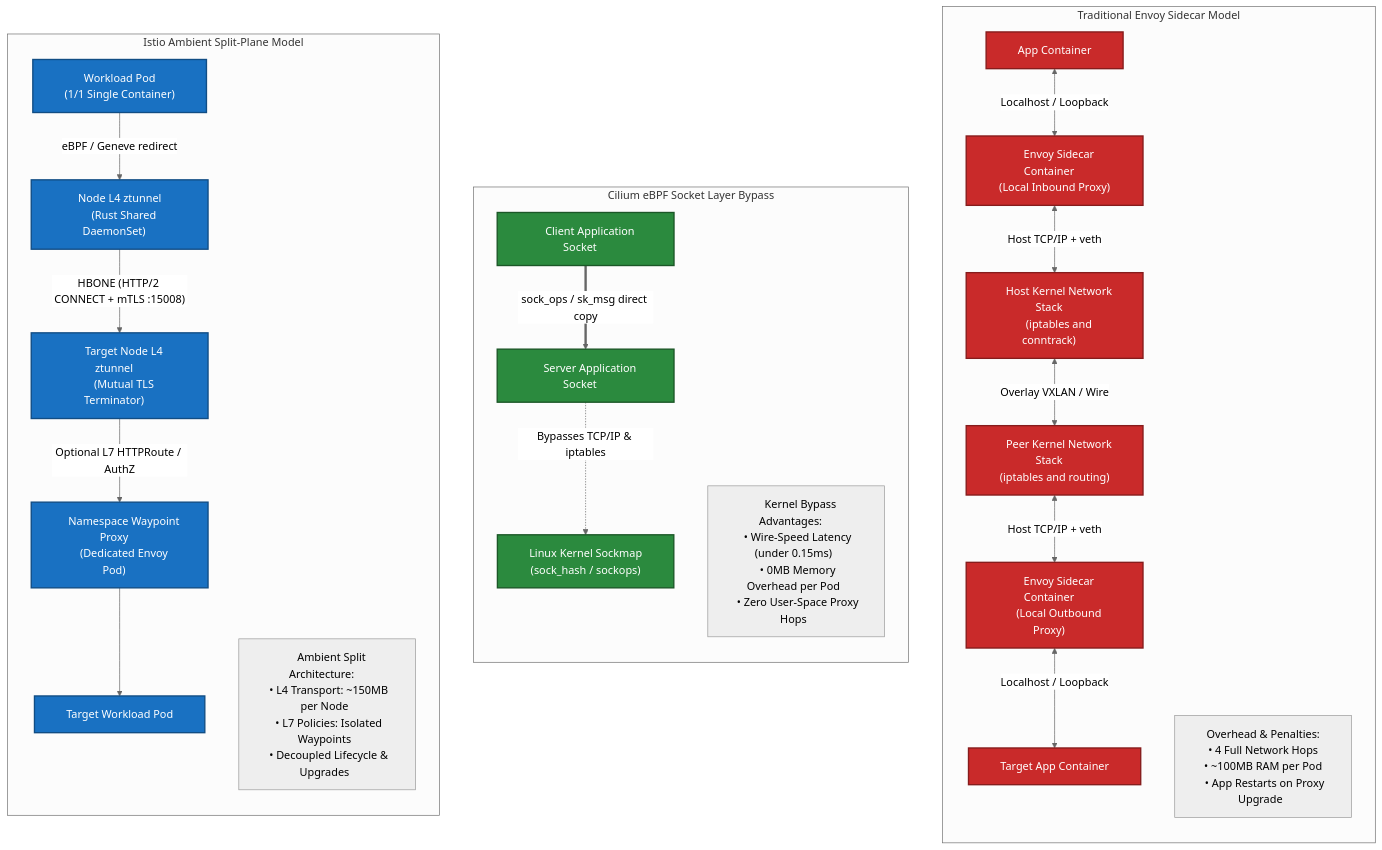
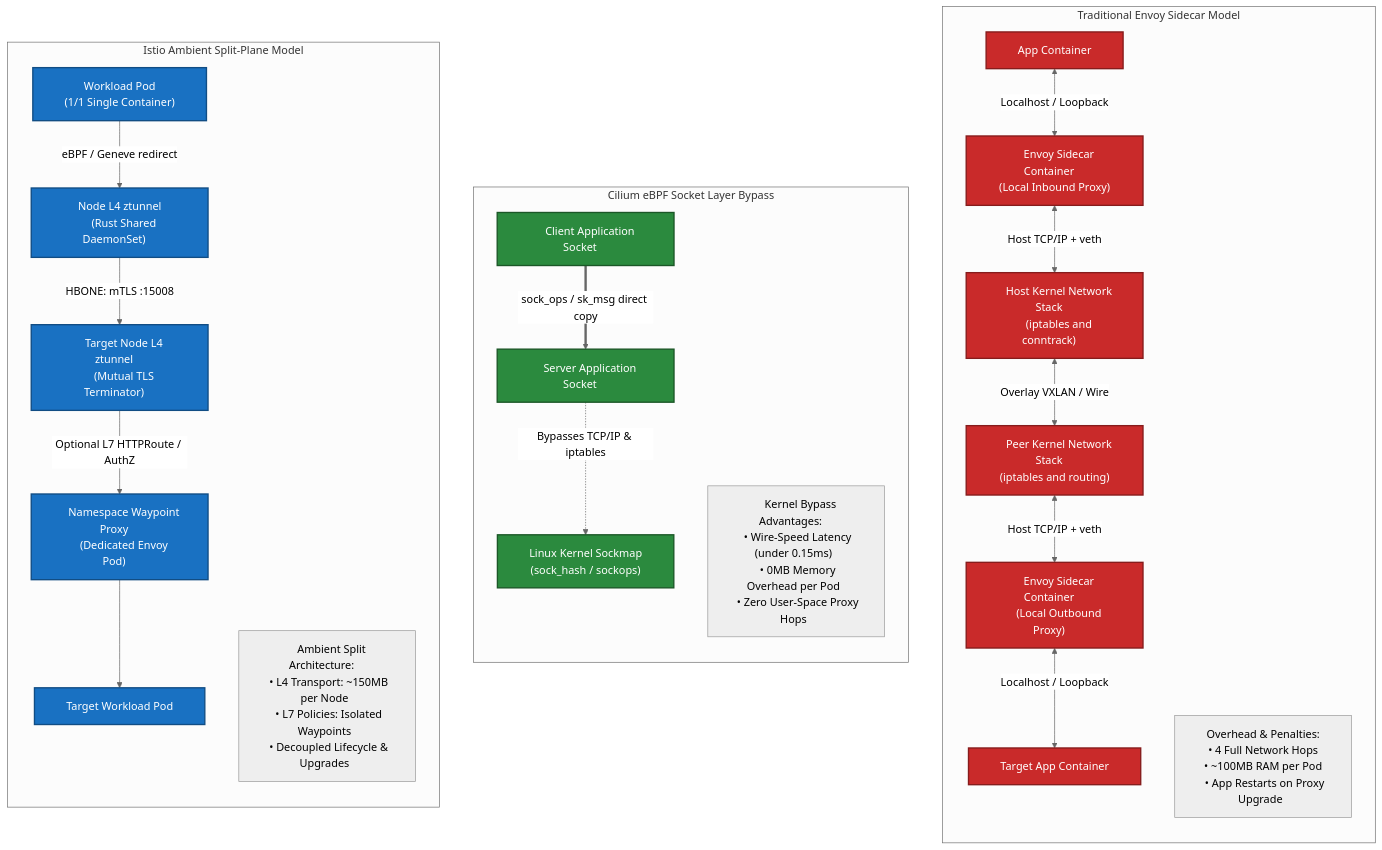
Before and after one commit to nubenetes/cloudnative-ingress-mesh-lab: the second of 8 diagrams in README.md, drawn with Mermaid (neutral theme). The commit also changed other lines of this file, not shown here.

Commit message:
fix(readme): enlarge boxes and break text lines across diagrams to prevent text truncation

````diff
--- a/README.md
+++ b/README.md
@@ -303,36 +303,36 @@
 ```mermaid
 flowchart TB
     subgraph TraditionalSidecar ["&nbsp;&nbsp;Traditional Envoy Sidecar Model&nbsp;&nbsp;"]
         direction TB
         App1["&nbsp;&nbsp;&nbsp;&nbsp;App Container&nbsp;&nbsp;&nbsp;&nbsp;"] <-->|"Localhost / Loopback"| Proxy1["&nbsp;&nbsp;&nbsp;&nbsp;Envoy Sidecar Container&nbsp;&nbsp;&nbsp;&nbsp;<br/>&nbsp;&nbsp;&nbsp;&nbsp;(Local Inbound Proxy)&nbsp;&nbsp;&nbsp;&nbsp;"]
         Proxy1 <-->|"Host TCP/IP + veth"| Net1["&nbsp;&nbsp;&nbsp;&nbsp;Host Kernel Network Stack&nbsp;&nbsp;&nbsp;&nbsp;<br/>&nbsp;&nbsp;&nbsp;&nbsp;(iptables and conntrack)&nbsp;&nbsp;&nbsp;&nbsp;"]
         Net1 <-->|"Overlay VXLAN / Wire"| Net2["&nbsp;&nbsp;&nbsp;&nbsp;Peer Kernel Network Stack&nbsp;&nbsp;&nbsp;&nbsp;<br/>&nbsp;&nbsp;&nbsp;&nbsp;(iptables and routing)&nbsp;&nbsp;&nbsp;&nbsp;"]
         Net2 <-->|"Host TCP/IP + veth"| Proxy2["&nbsp;&nbsp;&nbsp;&nbsp;Envoy Sidecar Container&nbsp;&nbsp;&nbsp;&nbsp;<br/>&nbsp;&nbsp;&nbsp;&nbsp;(Local Outbound Proxy)&nbsp;&nbsp;&nbsp;&nbsp;"]
         Proxy2 <-->|"Localhost / Loopback"| App2["&nbsp;&nbsp;&nbsp;&nbsp;Target App Container&nbsp;&nbsp;&nbsp;&nbsp;"]
         Note1["&nbsp;&nbsp;&nbsp;&nbsp;Overhead & Penalties:&nbsp;&nbsp;&nbsp;&nbsp;<br/>&nbsp;&nbsp;• 4 Full Network Hops&nbsp;&nbsp;<br/>&nbsp;&nbsp;• ~100MB RAM per Pod&nbsp;&nbsp;<br/>&nbsp;&nbsp;• App Restarts on Proxy Upgrade&nbsp;&nbsp;"]
     end
 
     subgraph eBPFShortCircuit ["&nbsp;&nbsp;Cilium eBPF Socket Layer Bypass&nbsp;&nbsp;"]
         direction TB
         AppC1["&nbsp;&nbsp;&nbsp;&nbsp;Client Application Socket&nbsp;&nbsp;&nbsp;&nbsp;"] ==>|"sock_ops / sk_msg direct copy"| AppC2["&nbsp;&nbsp;&nbsp;&nbsp;Server Application Socket&nbsp;&nbsp;&nbsp;&nbsp;"]
         AppC2 -.->|"Bypasses TCP/IP & iptables"| KernelSock["&nbsp;&nbsp;&nbsp;&nbsp;Linux Kernel Sockmap&nbsp;&nbsp;&nbsp;&nbsp;<br/>&nbsp;&nbsp;&nbsp;&nbsp;(sock_hash / sockops)&nbsp;&nbsp;&nbsp;&nbsp;"]
         Note2["&nbsp;&nbsp;&nbsp;&nbsp;Kernel Bypass Advantages:&nbsp;&nbsp;&nbsp;&nbsp;<br/>&nbsp;&nbsp;• Wire-Speed Latency (under 0.15ms)&nbsp;&nbsp;<br/>&nbsp;&nbsp;• 0MB Memory Overhead per Pod&nbsp;&nbsp;<br/>&nbsp;&nbsp;• Zero User-Space Proxy Hops&nbsp;&nbsp;"]
     end
 
     subgraph IstioAmbientModel ["&nbsp;&nbsp;Istio Ambient Split-Plane Model&nbsp;&nbsp;"]
         direction TB
         AppA1["&nbsp;&nbsp;&nbsp;&nbsp;Workload Pod&nbsp;&nbsp;&nbsp;&nbsp;<br/>&nbsp;&nbsp;&nbsp;&nbsp;(1/1 Single Container)&nbsp;&nbsp;&nbsp;&nbsp;"] -->|"eBPF / Geneve redirect"| Ztunnel1["&nbsp;&nbsp;&nbsp;&nbsp;Node L4 ztunnel&nbsp;&nbsp;&nbsp;&nbsp;<br/>&nbsp;&nbsp;&nbsp;&nbsp;(Rust Shared DaemonSet)&nbsp;&nbsp;&nbsp;&nbsp;"]
-        Ztunnel1 -->|"HBONE (HTTP/2 CONNECT + mTLS :15008)"| Ztunnel2["&nbsp;&nbsp;&nbsp;&nbsp;Target Node L4 ztunnel&nbsp;&nbsp;&nbsp;&nbsp;<br/>&nbsp;&nbsp;&nbsp;&nbsp;(Mutual TLS Terminator)&nbsp;&nbsp;&nbsp;&nbsp;"]
+        Ztunnel1 -->|"HBONE: mTLS :15008"| Ztunnel2["&nbsp;&nbsp;&nbsp;&nbsp;Target Node L4 ztunnel&nbsp;&nbsp;&nbsp;&nbsp;<br/>&nbsp;&nbsp;&nbsp;&nbsp;(Mutual TLS Terminator)&nbsp;&nbsp;&nbsp;&nbsp;"]
         Ztunnel2 -->|"Optional L7 HTTPRoute / AuthZ"| WaypointEnvoy["&nbsp;&nbsp;&nbsp;&nbsp;Namespace Waypoint Proxy&nbsp;&nbsp;&nbsp;&nbsp;<br/>&nbsp;&nbsp;&nbsp;&nbsp;(Dedicated Envoy Pod)&nbsp;&nbsp;&nbsp;&nbsp;"]
         WaypointEnvoy --> TargetApp["&nbsp;&nbsp;&nbsp;&nbsp;Target Workload Pod&nbsp;&nbsp;&nbsp;&nbsp;"]
         Note3["&nbsp;&nbsp;&nbsp;&nbsp;Ambient Split Architecture:&nbsp;&nbsp;&nbsp;&nbsp;<br/>&nbsp;&nbsp;• L4 Transport: ~150MB per Node&nbsp;&nbsp;<br/>&nbsp;&nbsp;• L7 Policies: Isolated Waypoints&nbsp;&nbsp;<br/>&nbsp;&nbsp;• Decoupled Lifecycle & Upgrades&nbsp;&nbsp;"]
     end
 
     classDef legacy fill:#c92a2a,stroke:#861c1c,stroke-width:2px,color:#fff;
     classDef ebpf fill:#2b8a3e,stroke:#1b5727,stroke-width:2px,color:#fff;
     classDef ambient fill:#1971c2,stroke:#114d84,stroke-width:2px,color:#fff;
 
     class App1,Proxy1,Net1,Net2,Proxy2,App2 legacy;
     class AppC1,AppC2,KernelSock ebpf;
     class AppA1,Ztunnel1,Ztunnel2,WaypointEnvoy,TargetApp ambient;
 ```
````
